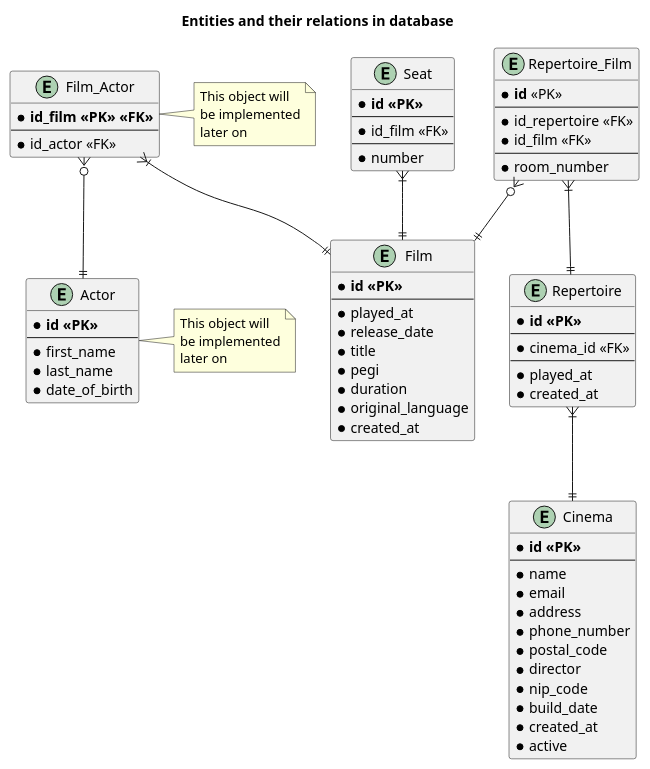
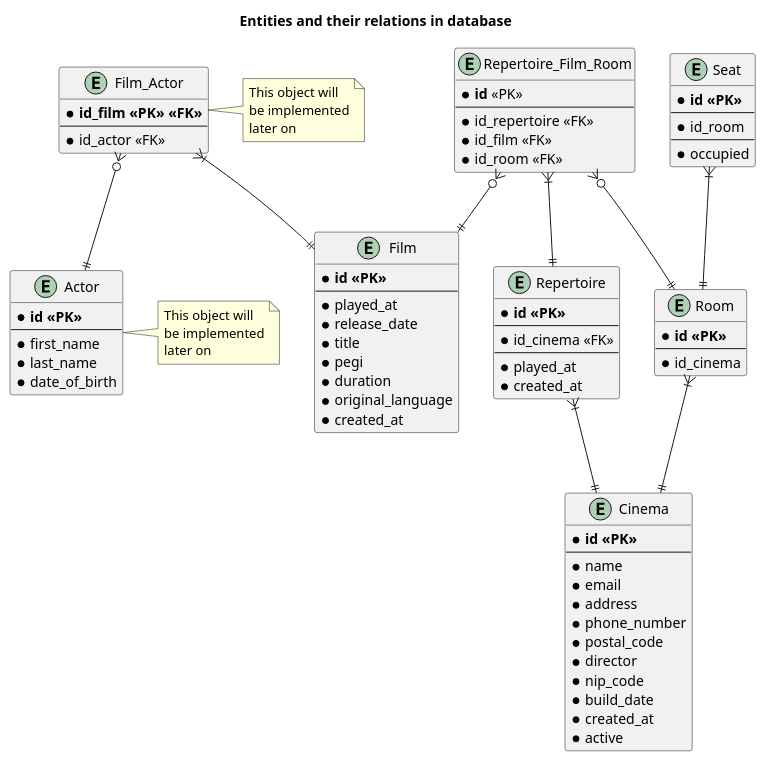
One commit to Matiar15/cinema-gateway changed the diagram in documentation/db_relations.puml. Above: the diagram before and after it, drawn with PlantUML.

Commit message:
CINEMA_API_3 - new db models

```diff
--- a/documentation/db_relations.puml
+++ b/documentation/db_relations.puml
@@ -1,77 +1,82 @@
 @startuml
 title Entities and their relations in database
 
 entity Cinema {
     * **id <<PK>>**
     --
     * name
     * email
     * address
     * phone_number
     * postal_code
     * director
     * nip_code
     * build_date
     * created_at
     * active
 }
 
 entity Repertoire {
     * **id <<PK>>**
     --
-    * cinema_id <<FK>>
+    * id_cinema <<FK>>
     --
     * played_at
     * created_at
 }
 
 entity Film {
     * **id <<PK>>**
     --
     * played_at
     * release_date
     * title
     * pegi
     * duration
     * original_language
     * created_at
 }
 
-entity Repertoire_Film {
+entity Repertoire_Film_Room {
     * **id** <<PK>>
     --
     * id_repertoire <<FK>>
     * id_film <<FK>>
+    * id_room <<FK>>
+}
+entity Room {
+    * **id <<PK>>**
     --
-    * room_number
+    * id_cinema
 }
-
 entity Seat {
     * **id <<PK>>**
     --
-    * id_film <<FK>>
+    * id_room
     --
-    * number
+    * occupied
 }
 
 entity Film_Actor {
     * **id_film <<PK>> <<FK>>**
     --
     * id_actor <<FK>>
 }
 note right: This object will\nbe implemented\nlater on
 entity Actor {
     * **id <<PK>>**
     --
     * first_name
     * last_name
     * date_of_birth
 }
 note right: This object will\nbe implemented\nlater on
 Repertoire      }|--|| Cinema
-Repertoire_Film }o--|| Film
-Repertoire_Film }|--|| Repertoire
-Seat            }|--|| Film
+Repertoire_Film_Room }o--|| Film
+Repertoire_Film_Room }|--|| Repertoire
+Seat            }|--|| Room
 Film_Actor      }|--|| Film
 Film_Actor      }o--|| Actor
+Room            }|--|| Cinema
+Repertoire_Film_Room }o--|| Room
 @enduml
```
